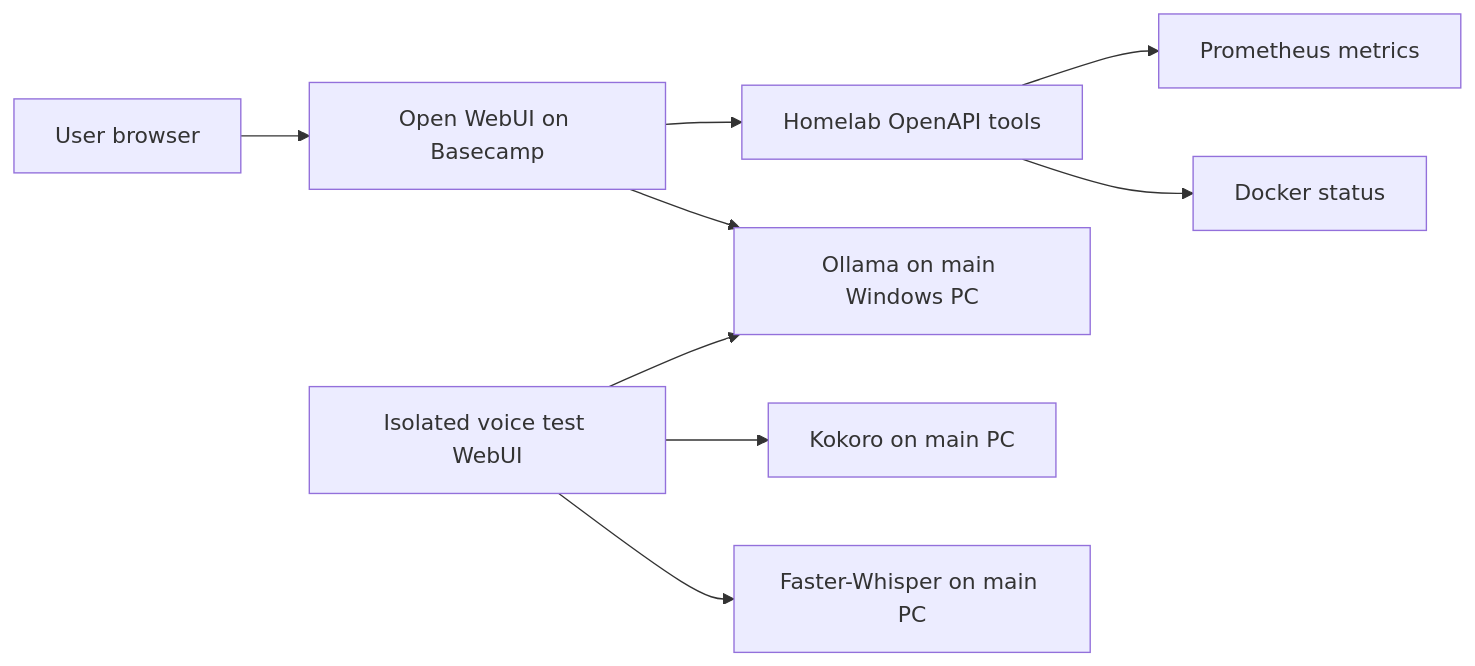
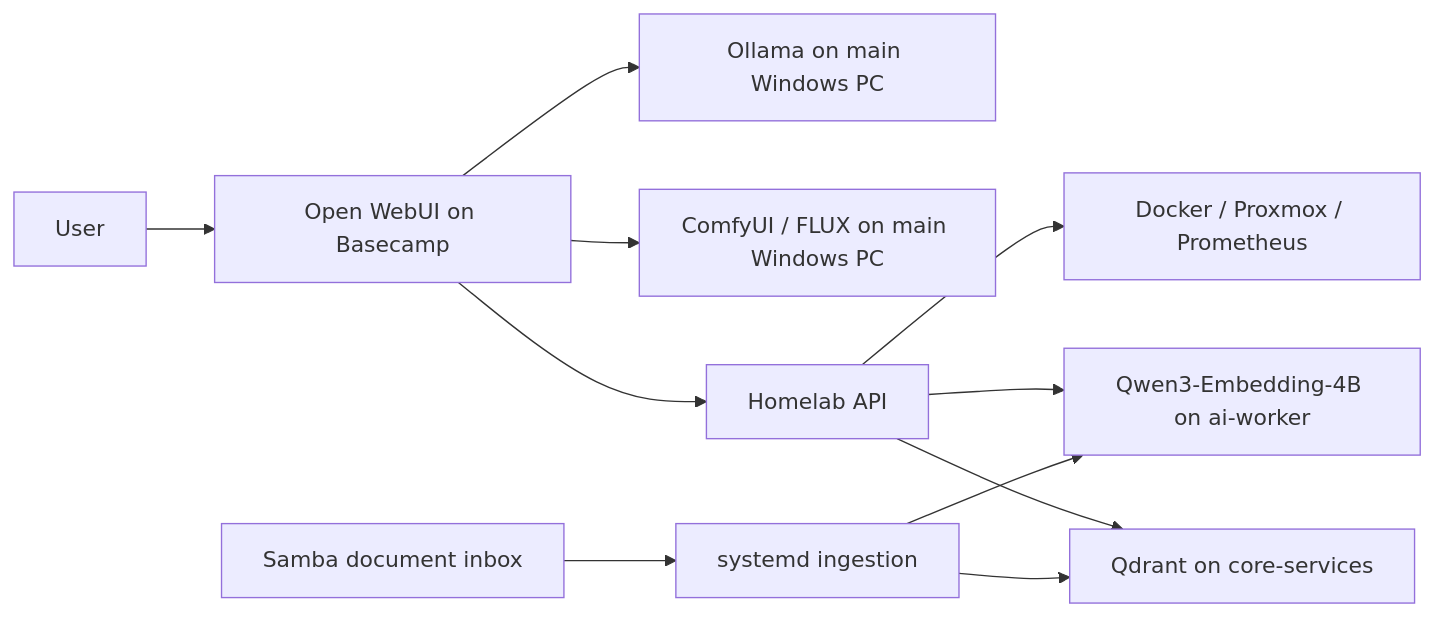
The diagram in README.md (soonerbear22-ux/local-ai-lab), drawn with Mermaid before and after one commit. The commit also changed other lines of this file and 11 other files, not shown here.

Commit message:
Document ComfyUI FLUX and GPU retrieval with current corpus evidence

````diff
--- a/README.md
+++ b/README.md
@@ -9,11 +9,13 @@
 ```mermaid
 flowchart LR
-    User[User browser] --> UI[Open WebUI on Basecamp]
-    UI --> Ollama[Ollama on main Windows PC]
-    UI --> Tools[Homelab OpenAPI tools]
-    Tools --> Docker[Docker status]
-    Tools --> Prometheus[Prometheus metrics]
-    Voice[Isolated voice test WebUI] --> STT[Faster-Whisper on main PC]
-    Voice --> TTS[Kokoro on main PC]
-    Voice --> Ollama
+    User["User"] --> UI["Open WebUI on Basecamp"]
+    UI --> Ollama["Ollama on main Windows PC"]
+    UI --> Comfy["ComfyUI / FLUX on main Windows PC"]
+    UI --> API["Homelab API"]
+    API --> Live["Docker / Proxmox / Prometheus"]
+    API --> Embed["Qwen3-Embedding-4B on ai-worker"]
+    API --> Qdrant["Qdrant on core-services"]
+    Inbox["Samba document inbox"] --> Ingest["systemd ingestion"]
+    Ingest --> Embed
+    Ingest --> Qdrant
 ```
````
